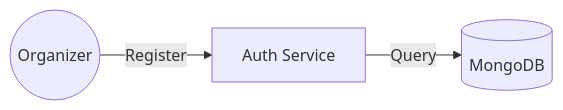
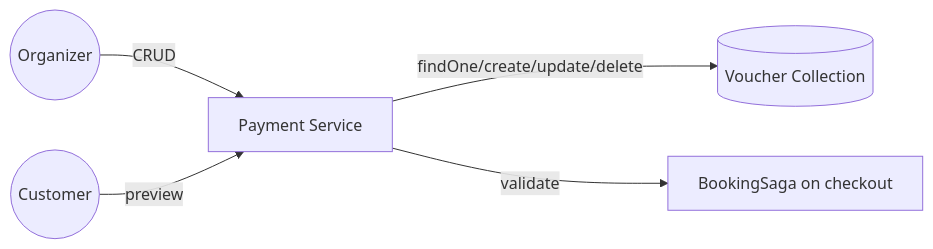
Before and after one commit to SDN-Group5/Event-Ticketing-Platform: diagram 22 of 42 in doc/UML/Nam_BookingOrg.md, drawn with Mermaid. The commit also changed other lines of this file and 2 other files, not shown here.

````diff
--- a/doc/UML/Nam_BookingOrg.md
+++ b/doc/UML/Nam_BookingOrg.md
@@ -194,5 +633,7 @@
 ```mermaid
 graph LR
-    O((Organizer)) -- Register --> A[Auth Service]
-    A -- Query --> DB[(MongoDB)]
+    O((Organizer)) -- CRUD --> PS[Payment Service]
+    PS -- findOne/create/update/delete --> DB[(Voucher Collection)]
+    C((Customer)) -- preview --> PS
+    PS -- validate --> BS[BookingSaga on checkout]
 ```
````
